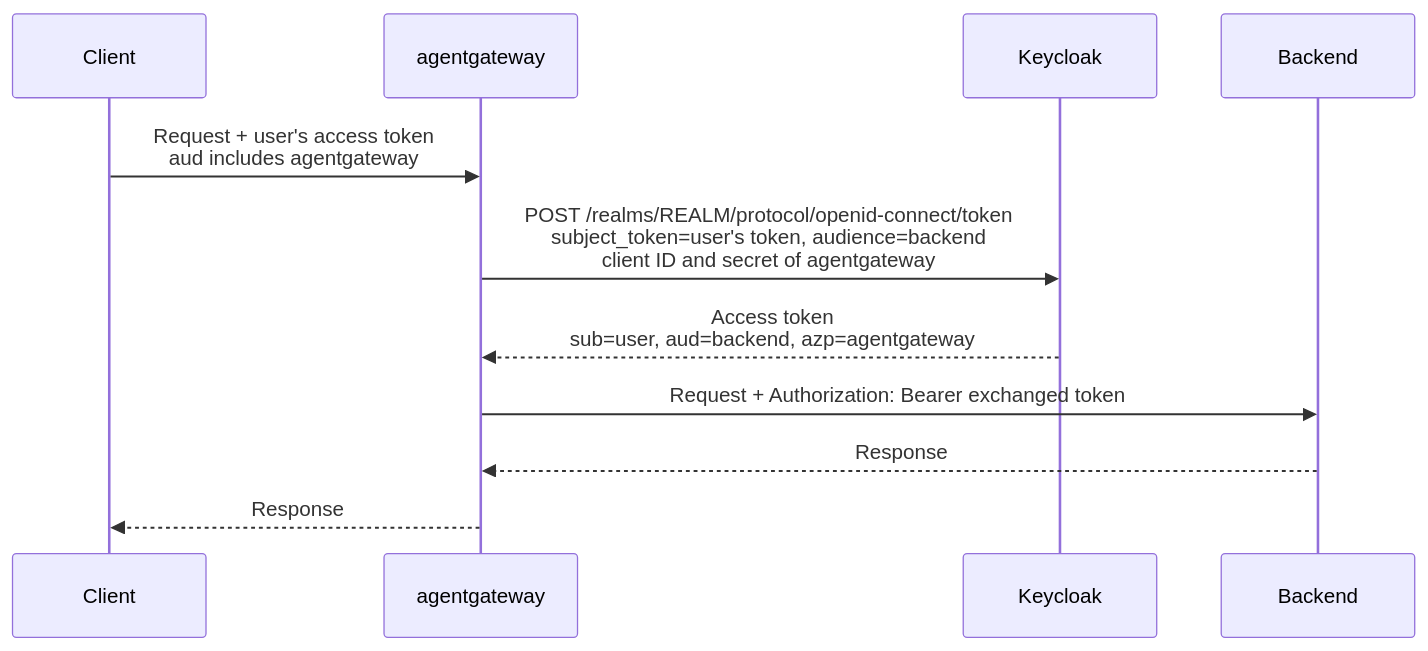
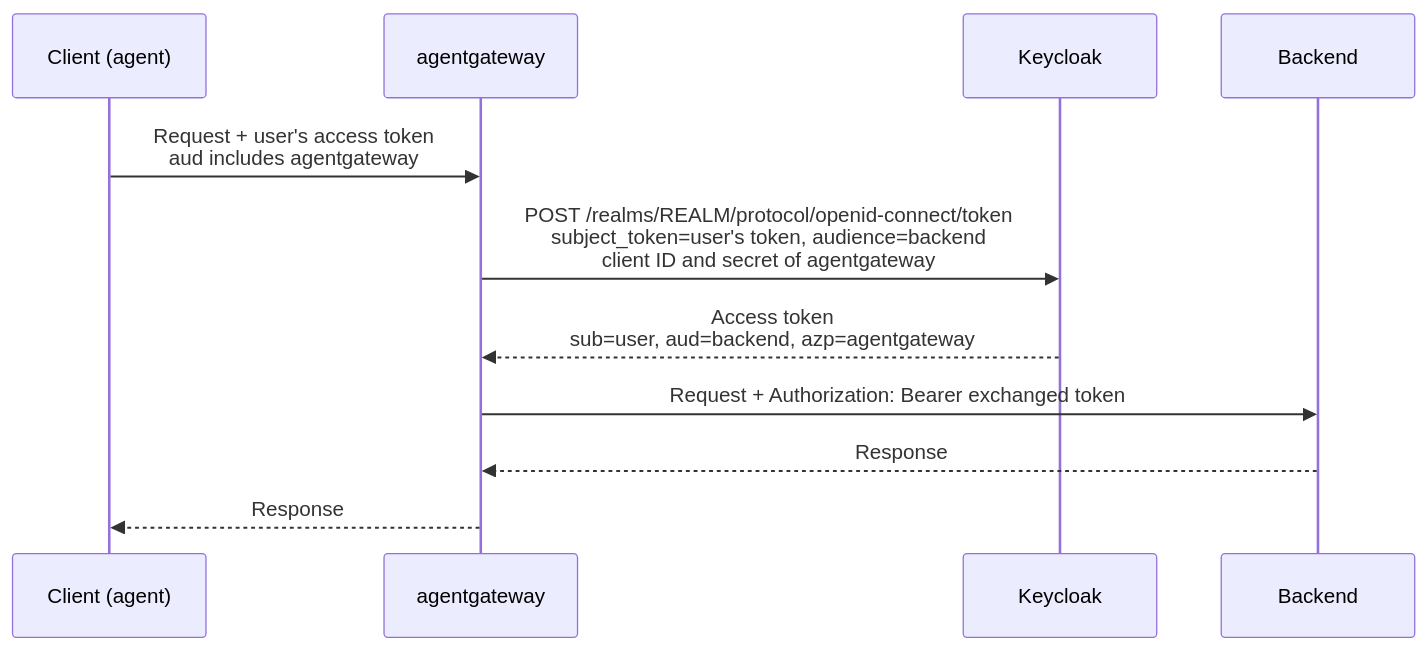
One commit to agentgateway/website changed the diagram in assets/agw-docs/snippets/te-keycloak-about.md. Above: the diagram before and after it, drawn with Mermaid. The commit also changed other lines of this file and 6 other files, not shown here.

````diff
--- a/assets/agw-docs/snippets/te-keycloak-about.md
+++ b/assets/agw-docs/snippets/te-keycloak-about.md
@@ -3,14 +3,14 @@
 ```mermaid
 sequenceDiagram
-    participant Client
+    participant Client as Client (agent)
     participant AGW as agentgateway
     participant KC as Keycloak
     participant API as Backend
 
     Client->>AGW: Request + user's access token<br/>aud includes agentgateway
     AGW->>KC: POST /realms/REALM/protocol/openid-connect/token<br/>subject_token=user's token, audience=backend<br/>client ID and secret of agentgateway
     KC-->>AGW: Access token<br/>sub=user, aud=backend, azp=agentgateway
     AGW->>API: Request + Authorization: Bearer exchanged token
     API-->>AGW: Response
     AGW-->>Client: Response
 ```
````
